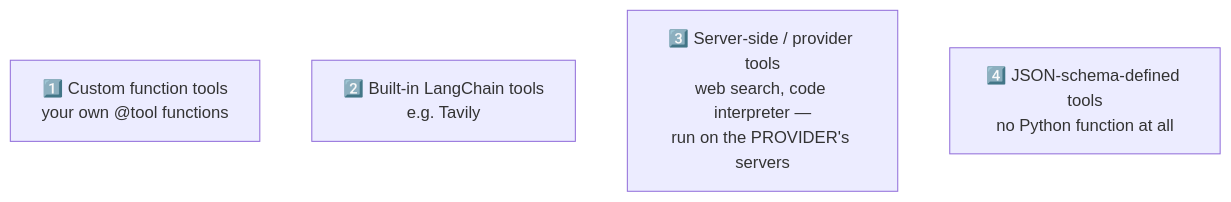
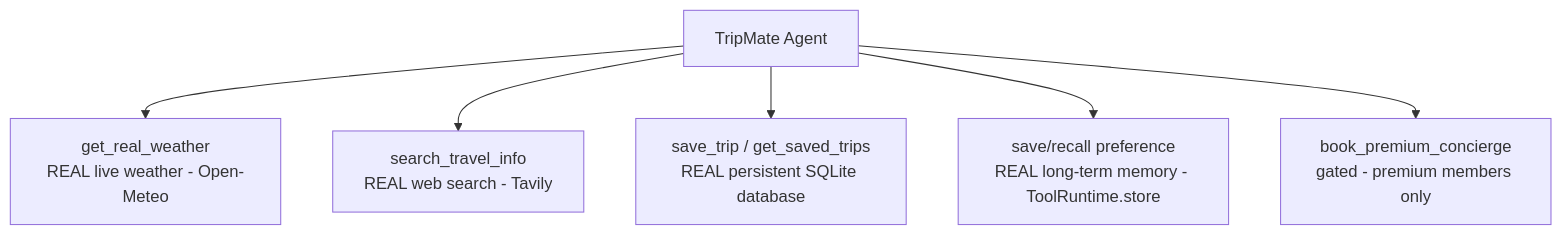
One commit to shiqs90/agent3.0-mcp-live-2026 changed the third of 3 diagrams in classes_summary/10 - 26 Jul - Tools Deep Dive.md. Above: the diagram before and after it, drawn with Mermaid. The commit also changed other lines of this file and 19 other files, not shown here.

````diff
--- a/classes_summary/10 - 26 Jul - Tools Deep Dive.md
+++ b/classes_summary/10 - 26 Jul - Tools Deep Dive.md
@@ -50,7 +196,8 @@
 ```mermaid
-flowchart TD
-    A["1️⃣ Custom function tools<br/>your own @tool functions"]
-    B["2️⃣ Built-in LangChain tools<br/>e.g. Tavily"]
-    C["3️⃣ Server-side / provider tools<br/>web search, code interpreter —<br/>run on the PROVIDER's servers"]
-    D["4️⃣ JSON-schema-defined tools<br/>no Python function at all"]
+graph TB
+    A[TripMate Agent] --> B["get_real_weather<br/>REAL live weather - Open-Meteo"]
+    A --> C["search_travel_info<br/>REAL web search - Tavily"]
+    A --> D["save_trip / get_saved_trips<br/>REAL persistent SQLite database"]
+    A --> E["save/recall preference<br/>REAL long-term memory - ToolRuntime.store"]
+    A --> F["book_premium_concierge<br/>gated - premium members only"]
 ```
````
